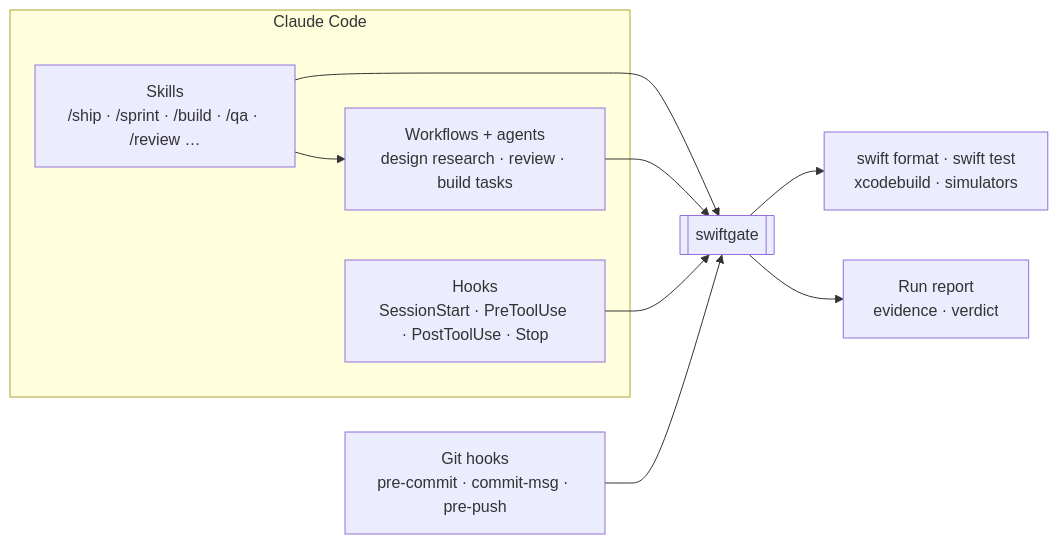
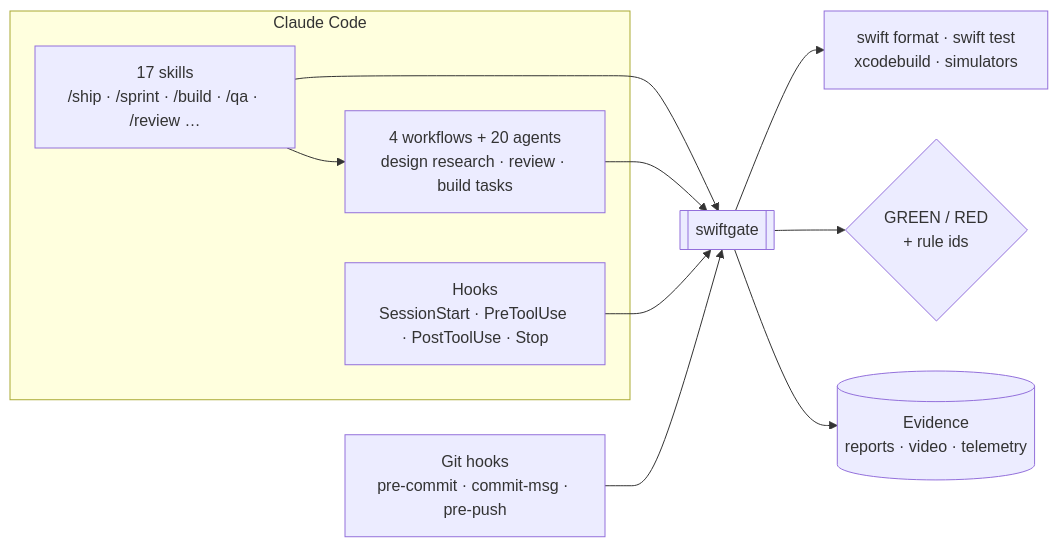
The first of 3 diagrams in README.md (calube/swift-harness), drawn with Mermaid before and after one commit. The commit also changed other lines of this file and 1 other file, not shown here.

````diff
--- a/README.md
+++ b/README.md
@@ -26,16 +43,17 @@
 ```mermaid
 flowchart LR
-  subgraph Claude Code
-    SK[Skills<br/>/ship · /sprint · /build · /qa · /review …]
-    WF[Workflows + agents<br/>design research · review · build tasks]
+  subgraph CC[Claude Code]
+    SK[17 skills<br/>/ship · /sprint · /build · /qa · /review …]
+    WF[4 workflows + 20 agents<br/>design research · review · build tasks]
     HK[Hooks<br/>SessionStart · PreToolUse · PostToolUse · Stop]
   end
   GIT[Git hooks<br/>pre-commit · commit-msg · pre-push]
   SK --> WF
   SK --> G
   WF --> G
   HK --> G
   GIT --> G
   G[[swiftgate]] --> T[swift format · swift test<br/>xcodebuild · simulators]
-  G --> R[Run report<br/>evidence · verdict]
+  G --> V{GREEN / RED<br/>+ rule ids}
+  G --> E[(Evidence<br/>reports · video · telemetry)]
 ```
````
